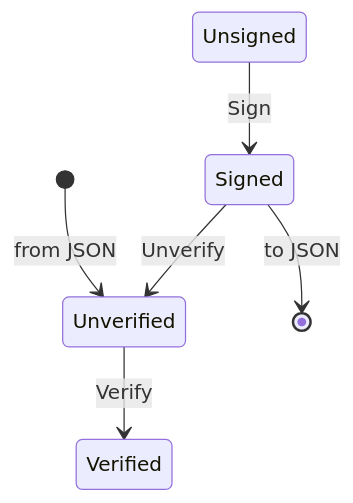
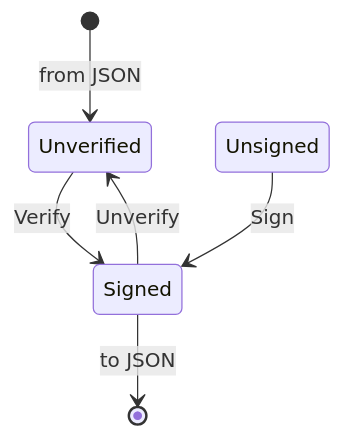
One commit to alexrudy/jaws changed the diagram in README.md. Above: the diagram before and after it, drawn with Mermaid. The commit also changed other lines of this file, not shown here.

Commit message:
Update the readme to reflect the merger between verified and signed types

````diff
--- a/README.md
+++ b/README.md
@@ -65,9 +61,9 @@
 ```mermaid
 stateDiagram-v2
     [*] --> Unverified : from JSON
-    Unverified --> Verified : Verify
+    Unverified --> Signed : Verify
     Unsigned --> Signed : Sign
     Signed --> Unverified: Unverify
     Signed --> [*] : to JSON
 
 ```
````
